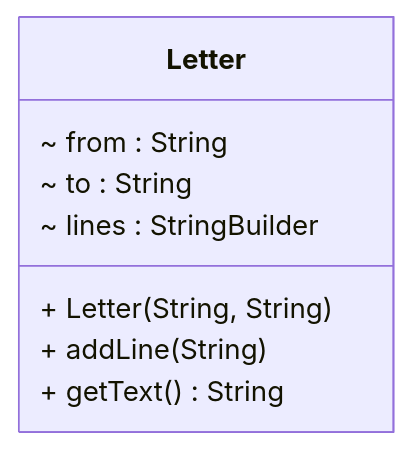
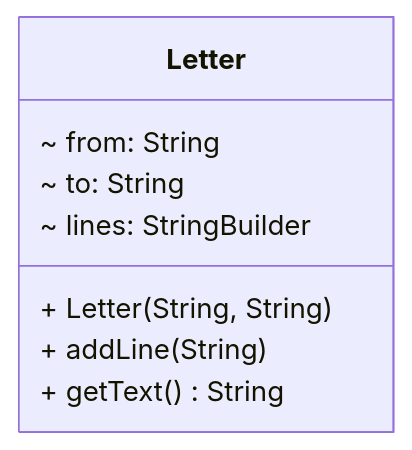
The seventh of 13 diagrams in src/main/kotlin/com/MatteV02/exercises/oop/README.md (MatteV02/kotlin-core), drawn with Mermaid before and after one commit. The commit also changed other lines of this file and 8 other files, not shown here.

````diff
--- a/src/main/kotlin/com/MatteV02/exercises/oop/README.md
+++ b/src/main/kotlin/com/MatteV02/exercises/oop/README.md
@@ -272,12 +272,12 @@
 ```mermaid
 classDiagram
-direction BT
-class Letter {
-    ~ from : String
-    ~ to : String
-    ~ lines : StringBuilder
-    + Letter(String, String)
-    + addLine(String)
-    + getText() String
-}
+    direction BT
+    class Letter {
+        ~ from: String
+        ~ to: String
+        ~ lines: StringBuilder
+        + Letter(String, String)
+        + addLine(String)
+        + getText() String
+    }
 ```
````
